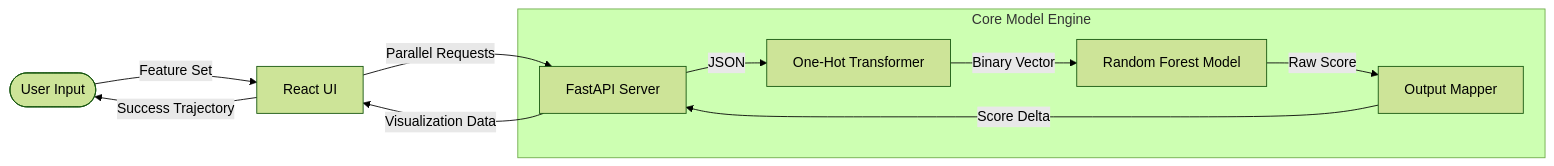
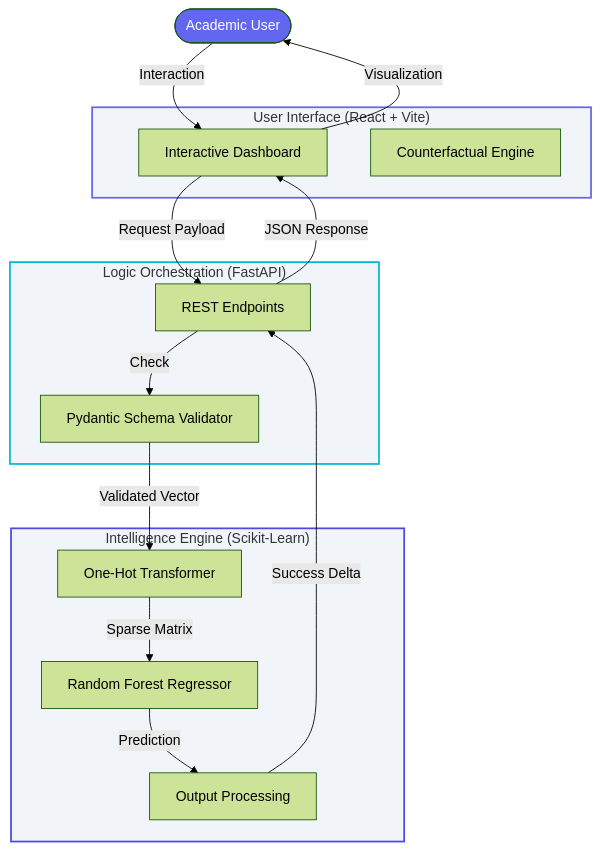
One commit to monkey9-Cyber-cat-Spidy/Student-Performance-Prediction changed the first of 2 diagrams in docs/architecture.md. Above: the diagram before and after it, drawn with Mermaid (forest theme). The commit also changed other lines of this file and 5 other files, not shown here.

Commit message:
docs: premium SaaS-grade overhaul with dashboard showcase, high-fi diagrams, and deployment guide

````diff
--- a/docs/architecture.md
+++ b/docs/architecture.md
@@ -19,15 +9,40 @@
 ```mermaid
-graph LR
-    User([User Input]) -- Feature Set --> Frontend[React UI]
-    Frontend -- Parallel Requests --> API[FastAPI Server]
+flowchart TD
+    %% User Layer
+    User([Academic User])
     
-    subgraph "Core Model Engine"
-        API -- JSON --> Pre[One-Hot Transformer]
-        Pre -- Binary Vector --> RF[Random Forest Model]
-        RF -- Raw Score --> Post[Output Mapper]
-        Post -- Score Delta --> API
+    subgraph UI ["User Interface (React + Vite)"]
+        Dash[Interactive Dashboard]
+        WhatIf[Counterfactual Engine]
     end
-    
-    API -- Visualization Data --> Frontend
-    Frontend -- Success Trajectory --> User
+
+    %% Communication Layer
+    subgraph API ["Logic Orchestration (FastAPI)"]
+        Router[REST Endpoints]
+        Validator[Pydantic Schema Validator]
+    end
+
+    %% Intelligence Layer
+    subgraph ML ["Intelligence Engine (Scikit-Learn)"]
+        Xform[One-Hot Transformer]
+        Model[Random Forest Regressor]
+        Logic[Output Processing]
+    end
+
+    %% Connections
+    User -- Interaction --> Dash
+    Dash -- Request Payload --> Router
+    Router -- Check --> Validator
+    Validator -- Validated Vector --> Xform
+    Xform -- Sparse Matrix --> Model
+    Model -- Prediction --> Logic
+    Logic -- Success Delta --> Router
+    Router -- JSON Response --> Dash
+    Dash -- Visualization --> User
+
+    %% Styling
+    style UI fill:#f1f5f9,stroke:#6366f1,stroke-width:2px
+    style API fill:#f1f5f9,stroke:#06b6d4,stroke-width:2px
+    style ML fill:#f1f5f9,stroke:#4f46e5,stroke-width:2px
+    style User fill:#6366f1,color:#fff
 ```
````
